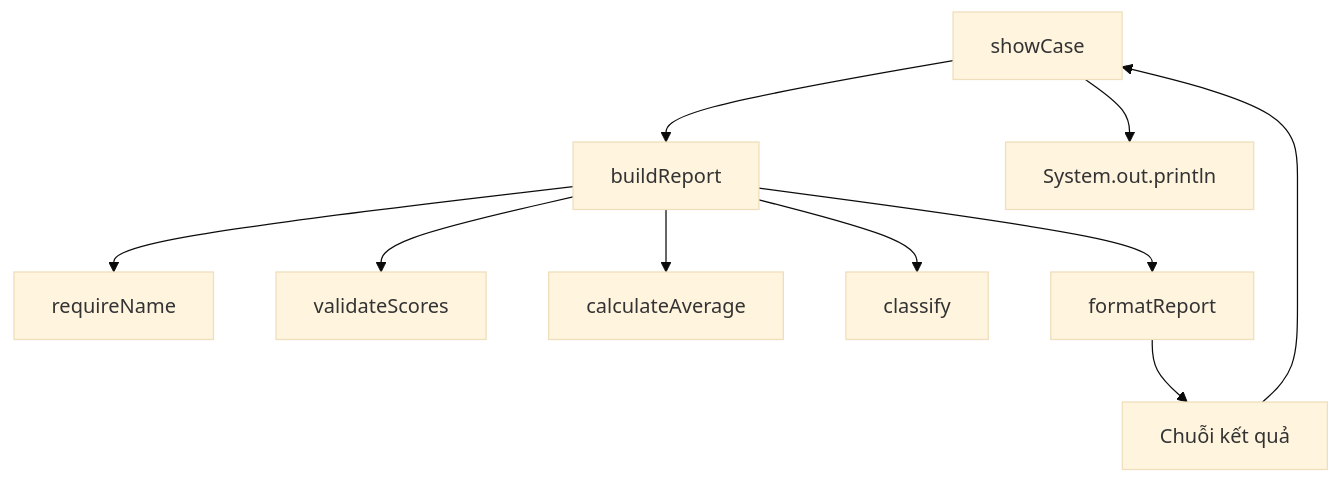
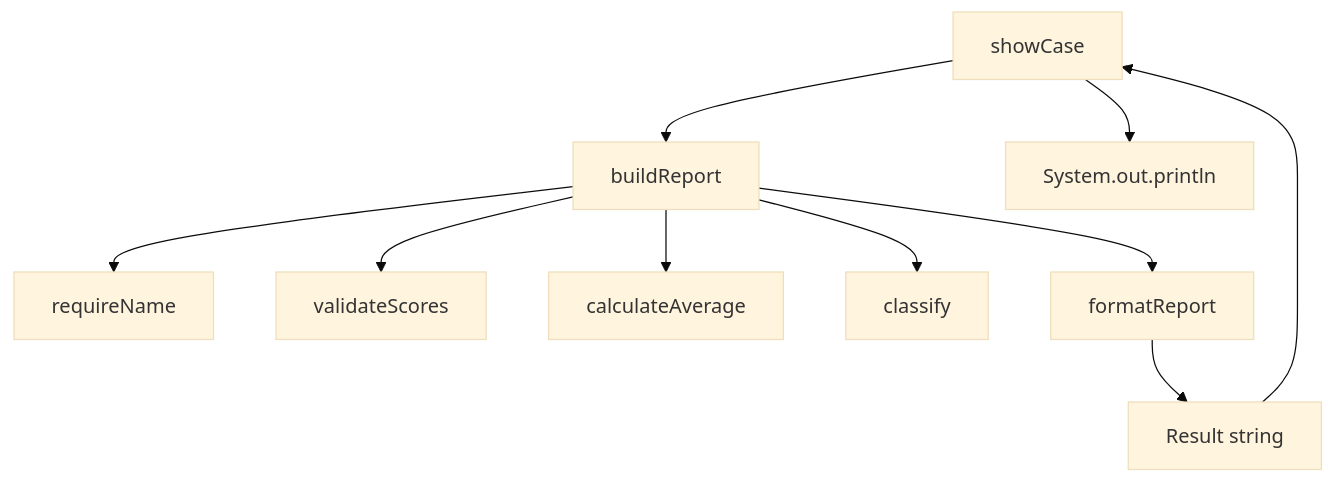
One commit to phuongnguyenit93/learning-platform-data changed the diagram in module/platform/development/programming/language/java/core/language-basics/content/knowledge/en/26.methods/methods-011.md. Above: the diagram before and after it, drawn with Mermaid (base theme). The commit also changed other lines of this file and 2307 other files, not shown here.

```diff
--- a/module/platform/development/programming/language/java/core/language-basics/content/knowledge/en/26.methods/methods-011.md
+++ b/module/platform/development/programming/language/java/core/language-basics/content/knowledge/en/26.methods/methods-011.md
@@ -25,12 +25,12 @@
 ~~~mermaid
 flowchart TD
     A["showCase"] --> B["buildReport"]
     B --> C["requireName"]
     B --> D["validateScores"]
     B --> E["calculateAverage"]
     B --> F["classify"]
     B --> G["formatReport"]
-    G --> H["Chuỗi kết quả"]
+    G --> H["Result string"]
     H --> A
     A --> I["System.out.println"]
 ~~~
```
